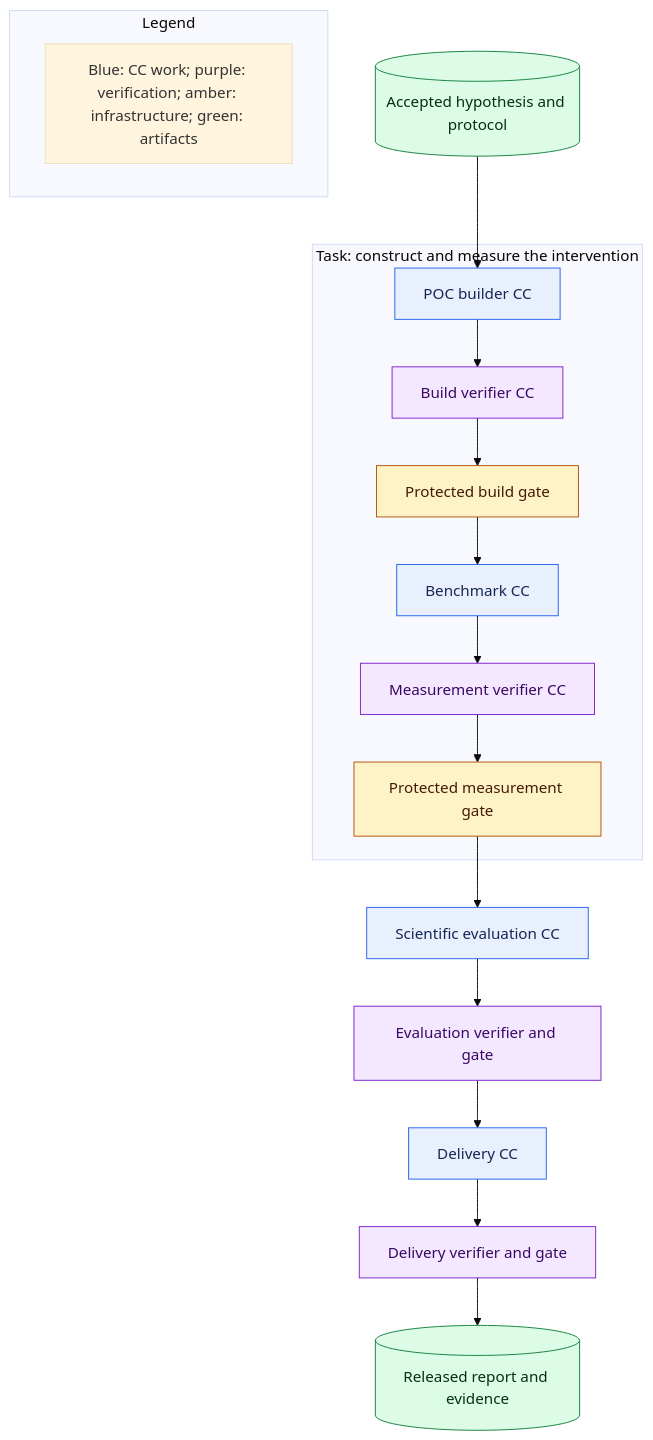
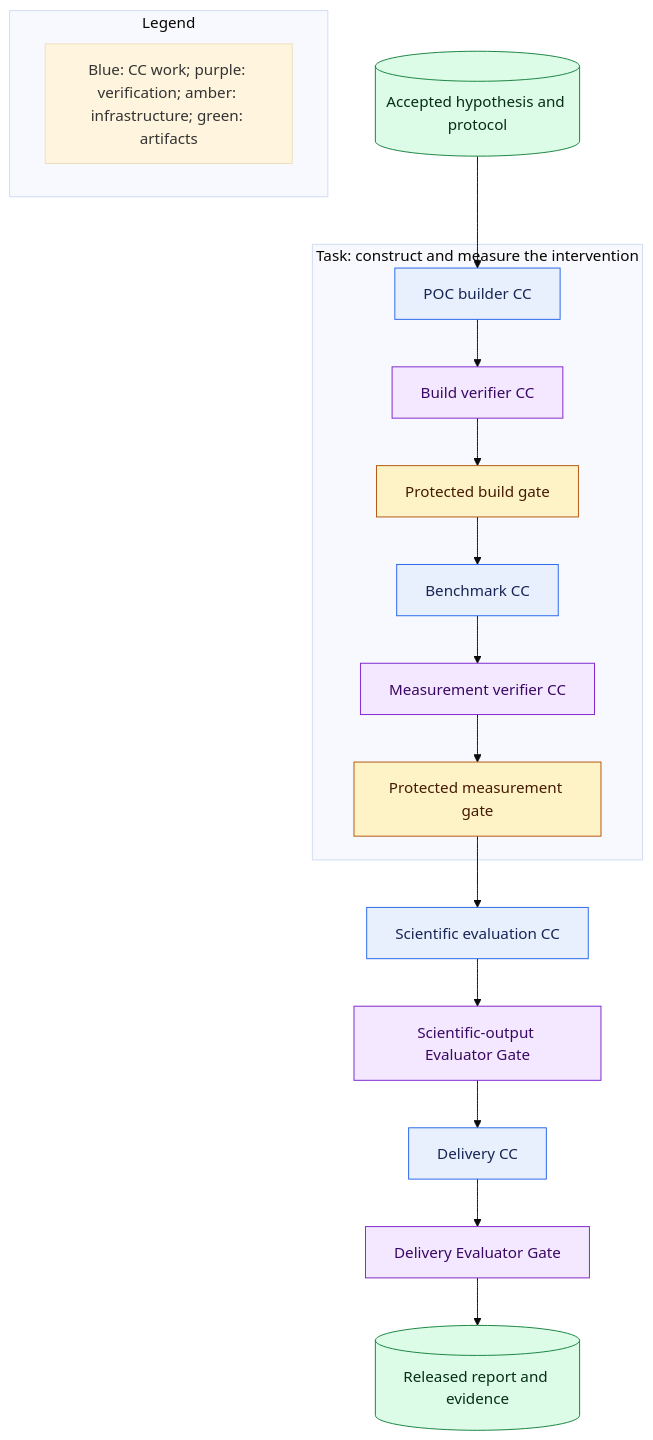
Before and after one commit to Stellven/jiuwenswarm: the second of 2 diagrams in docs/architecture/build-package/workflow.md, drawn with Mermaid (base theme). The commit also changed other lines of this file and 39 other files, not shown here.

Commit message:
Standardize architecture vocabulary and name the Phase 1 intent slice

````diff
--- a/docs/architecture/build-package/workflow.md
+++ b/docs/architecture/build-package/workflow.md
@@ -63,28 +63,28 @@
 ```mermaid
 flowchart TB
     H[(Accepted hypothesis and protocol)]
     subgraph Task[Task: construct and measure the intervention]
         Build[POC builder CC] --> BV[Build verifier CC]
         BV --> BG[Protected build gate]
         BG --> Measure[Benchmark CC]
         Measure --> MV[Measurement verifier CC]
         MV --> MG[Protected measurement gate]
     end
     H --> Build
     MG --> Eval[Scientific evaluation CC]
-    Eval --> EV[Evaluation verifier and gate]
+    Eval --> EV[Scientific-output Evaluator Gate]
     EV --> Report[Delivery CC]
-    Report --> DV[Delivery verifier and gate]
+    Report --> DV[Delivery Evaluator Gate]
     DV --> O[(Released report and evidence)]
     subgraph Legend[Legend]
         Key[Blue: CC work; purple: verification; amber: infrastructure; green: artifacts]
     end
     classDef work fill:#E8F0FE,stroke:#2563EB,color:#172554
     classDef verify fill:#F3E8FF,stroke:#7E22CE,color:#3B0764
     classDef control fill:#FEF3C7,stroke:#B45309,color:#451A03
     classDef data fill:#DCFCE7,stroke:#15803D,color:#052E16
     class Build,Measure,Eval,Report work
     class BV,MV,EV,DV verify
     class BG,MG control
     class H,O data
 ```
````
